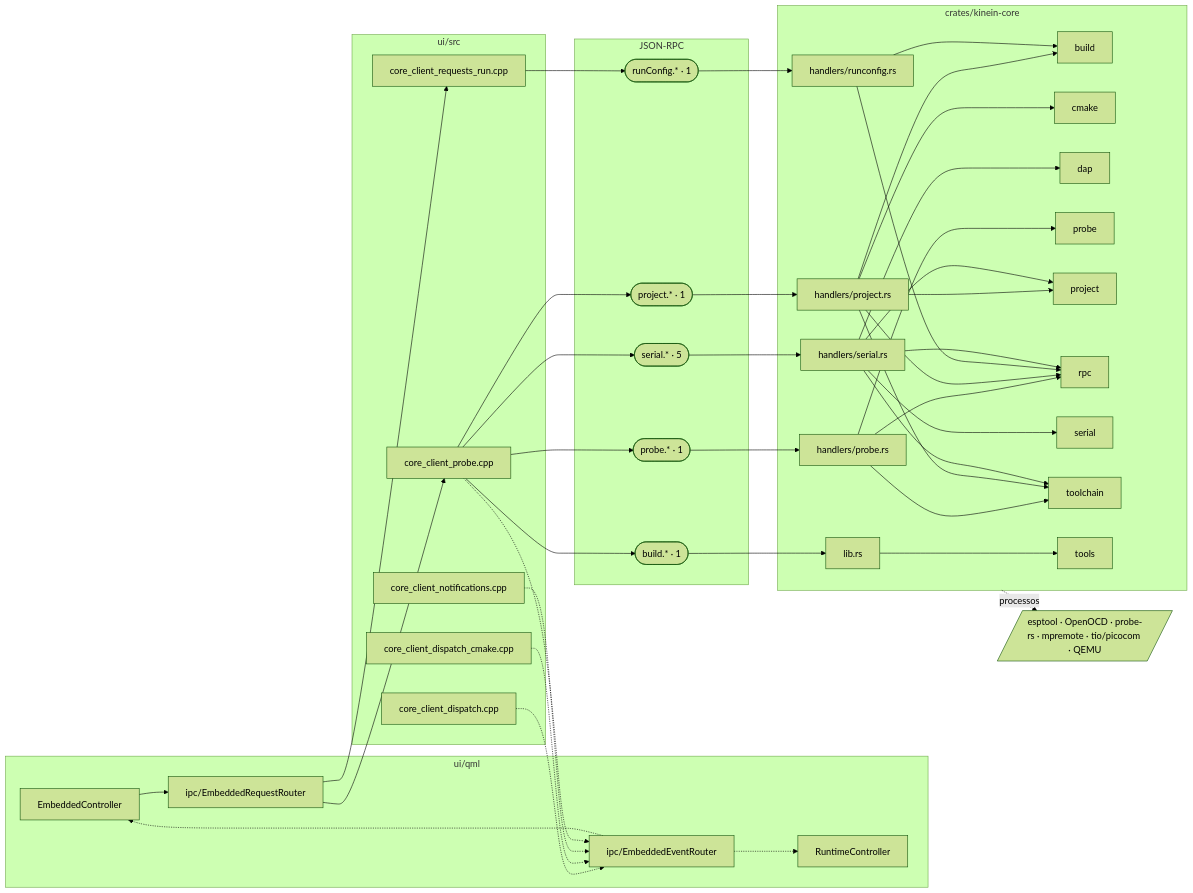
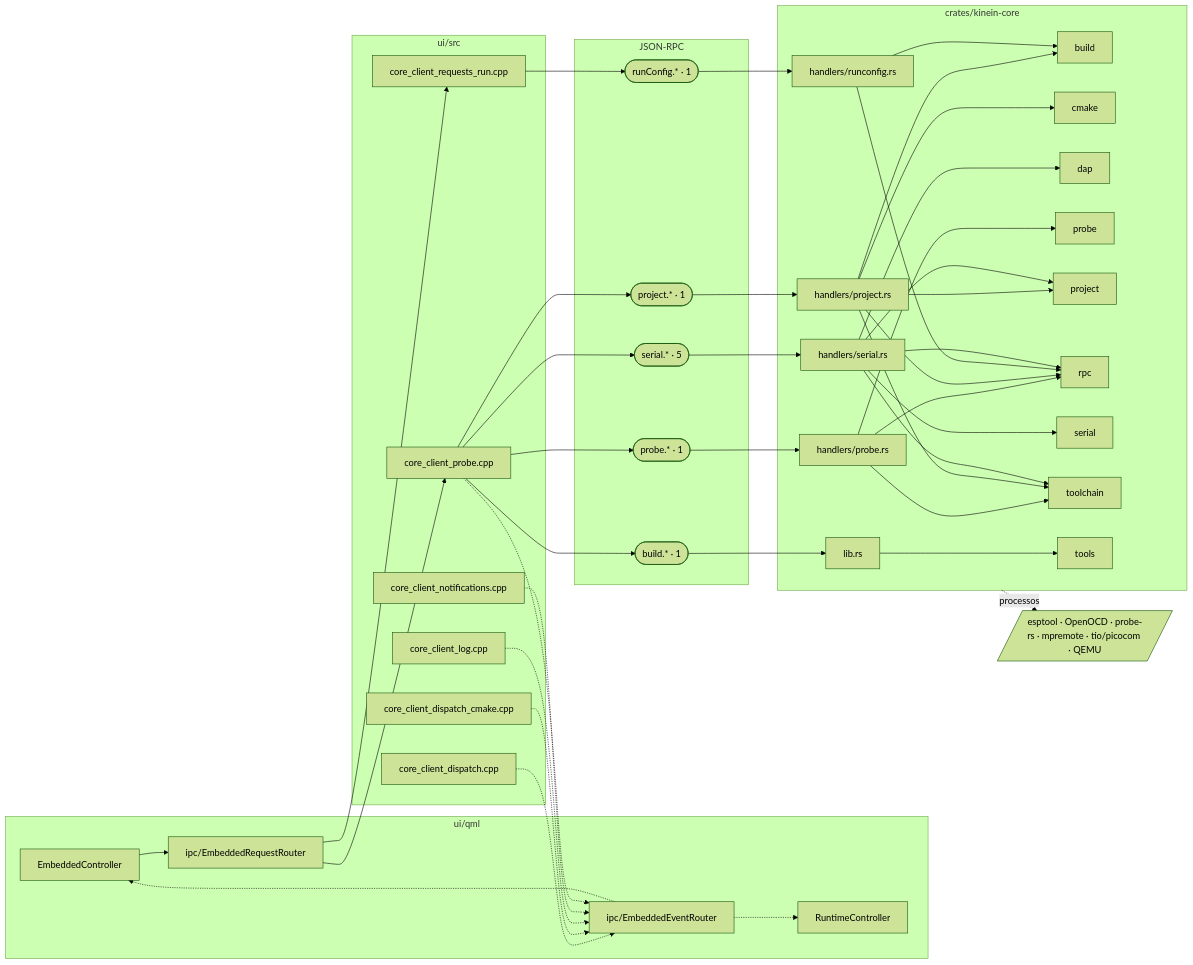
The tenth of 16 diagrams in DocsPublic/arquitetura/01-mapa-de-modulos.md (ViktorWalde/KineinVectis), drawn with Mermaid (forest theme) before and after one commit. The commit also changed other lines of this file and 28 other files, not shown here.

````diff
--- a/DocsPublic/arquitetura/01-mapa-de-modulos.md
+++ b/DocsPublic/arquitetura/01-mapa-de-modulos.md
@@ -899,76 +899,78 @@
 ```mermaid
 flowchart LR
   subgraph QML["ui/qml"]
     n_ui_qml_embedded_EmbeddedController_qml["EmbeddedController"]
     n_ui_qml_runtime_RuntimeController_qml["RuntimeController"]
     n_ui_qml_ipc_EmbeddedRequestRouter_qml["ipc/EmbeddedRequestRouter"]
     n_ui_qml_ipc_EmbeddedEventRouter_qml["ipc/EmbeddedEventRouter"]
   end
   subgraph CPP["ui/src"]
     n_ui_src_core_client_dispatch_cpp["core_client_dispatch.cpp"]
     n_ui_src_core_client_dispatch_cmake_cpp["core_client_dispatch_cmake.cpp"]
+    n_ui_src_core_client_log_cpp["core_client_log.cpp"]
     n_ui_src_core_client_notifications_cpp["core_client_notifications.cpp"]
     n_ui_src_core_client_probe_cpp["core_client_probe.cpp"]
     n_ui_src_core_client_requests_run_cpp["core_client_requests_run.cpp"]
   end
   subgraph IPC["JSON-RPC"]
     n_ipc_build(["build.* · 1"])
     n_ipc_probe(["probe.* · 1"])
     n_ipc_project(["project.* · 1"])
     n_ipc_runConfig(["runConfig.* · 1"])
     n_ipc_serial(["serial.* · 5"])
   end
   subgraph CORE["crates/kinein-core"]
     n_crates_kinein_core_src_handlers_probe_rs["handlers/probe.rs"]
     n_crates_kinein_core_src_handlers_project_rs["handlers/project.rs"]
     n_crates_kinein_core_src_handlers_runconfig_rs["handlers/runconfig.rs"]
     n_crates_kinein_core_src_handlers_serial_rs["handlers/serial.rs"]
     n_crates_kinein_core_src_lib_rs["lib.rs"]
     n_core_build[build]
     n_core_cmake[cmake]
     n_core_dap[dap]
     n_core_probe[probe]
     n_core_project[project]
     n_core_rpc[rpc]
     n_core_serial[serial]
     n_core_toolchain[toolchain]
     n_core_tools[tools]
   end
   n_tools_embedded[/"esptool · OpenOCD · probe-rs · mpremote · tio/picocom · QEMU"/]
   n_ui_qml_embedded_EmbeddedController_qml --> n_ui_qml_ipc_EmbeddedRequestRouter_qml
   n_ui_qml_ipc_EmbeddedEventRouter_qml -.-> n_ui_qml_embedded_EmbeddedController_qml
   n_ui_qml_ipc_EmbeddedEventRouter_qml -.-> n_ui_qml_runtime_RuntimeController_qml
   n_ui_qml_ipc_EmbeddedRequestRouter_qml --> n_ui_src_core_client_probe_cpp
   n_ui_qml_ipc_EmbeddedRequestRouter_qml --> n_ui_src_core_client_requests_run_cpp
   n_ui_src_core_client_dispatch_cpp -.-> n_ui_qml_ipc_EmbeddedEventRouter_qml
   n_ui_src_core_client_dispatch_cmake_cpp -.-> n_ui_qml_ipc_EmbeddedEventRouter_qml
+  n_ui_src_core_client_log_cpp -.-> n_ui_qml_ipc_EmbeddedEventRouter_qml
   n_ui_src_core_client_notifications_cpp -.-> n_ui_qml_ipc_EmbeddedEventRouter_qml
   n_ui_src_core_client_probe_cpp --> n_ipc_build
   n_ui_src_core_client_probe_cpp --> n_ipc_probe
   n_ui_src_core_client_probe_cpp --> n_ipc_project
   n_ui_src_core_client_probe_cpp --> n_ipc_serial
   n_ui_src_core_client_probe_cpp -.-> n_ui_qml_ipc_EmbeddedEventRouter_qml
   n_ui_src_core_client_requests_run_cpp --> n_ipc_runConfig
   n_ipc_probe --> n_crates_kinein_core_src_handlers_probe_rs
   n_crates_kinein_core_src_handlers_probe_rs --> n_core_probe
   n_crates_kinein_core_src_handlers_probe_rs --> n_core_rpc
   n_crates_kinein_core_src_handlers_probe_rs --> n_core_toolchain
   n_ipc_project --> n_crates_kinein_core_src_handlers_project_rs
   n_crates_kinein_core_src_handlers_project_rs --> n_core_build
   n_crates_kinein_core_src_handlers_project_rs --> n_core_cmake
   n_crates_kinein_core_src_handlers_project_rs --> n_core_project
   n_crates_kinein_core_src_handlers_project_rs --> n_core_rpc
   n_crates_kinein_core_src_handlers_project_rs --> n_core_toolchain
   n_ipc_runConfig --> n_crates_kinein_core_src_handlers_runconfig_rs
   n_crates_kinein_core_src_handlers_runconfig_rs --> n_core_build
   n_crates_kinein_core_src_handlers_runconfig_rs --> n_core_rpc
   n_ipc_serial --> n_crates_kinein_core_src_handlers_serial_rs
   n_crates_kinein_core_src_handlers_serial_rs --> n_core_dap
   n_crates_kinein_core_src_handlers_serial_rs --> n_core_project
   n_crates_kinein_core_src_handlers_serial_rs --> n_core_rpc
   n_crates_kinein_core_src_handlers_serial_rs --> n_core_serial
   n_crates_kinein_core_src_handlers_serial_rs --> n_core_toolchain
   n_ipc_build --> n_crates_kinein_core_src_lib_rs
   n_crates_kinein_core_src_lib_rs --> n_core_tools
   CORE -.->|processos| n_tools_embedded
 ```
````
